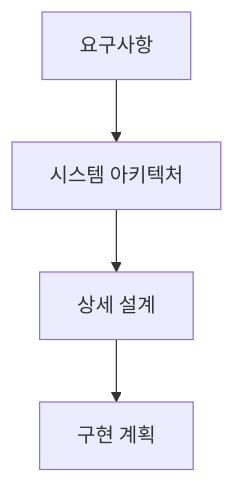
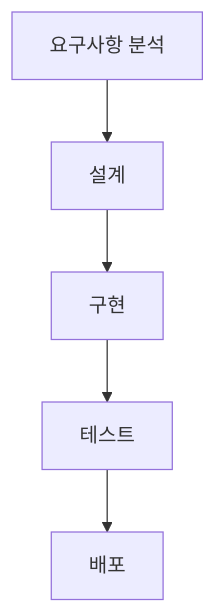
The diagram in Chapter I. 기반지식 학습/7. 기초 CS 이론 II/1. 소프트웨어 개발 이론/2. 소프트웨어 개발 방법론.md (hanaoverride/data-scientist-cookbook-for-korean), drawn with Mermaid before and after one commit. The commit also changed other lines of this file and 132 other files, not shown here.

````diff
--- a/Chapter I. 기반지식 학습/7. 기초 CS 이론 II/1. 소프트웨어 개발 이론/2. 소프트웨어 개발 방법론.md
+++ b/Chapter I. 기반지식 학습/7. 기초 CS 이론 II/1. 소프트웨어 개발 이론/2. 소프트웨어 개발 방법론.md
@@ -50,6 +35,4 @@
-   ```mermaid
-   graph TD
-      A[요구사항] --> B[시스템 아키텍처]
-      B --> C[상세 설계]
-      C --> D[구현 계획]
-   ```
+```mermaid
+graph TD
+    A[요구사항 분석] --> B[설계] --> C[구현] --> D[테스트] --> E[배포]
+```
````
